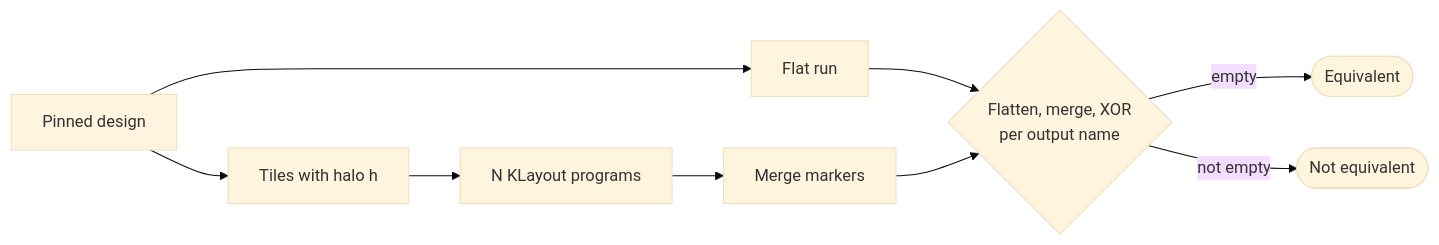
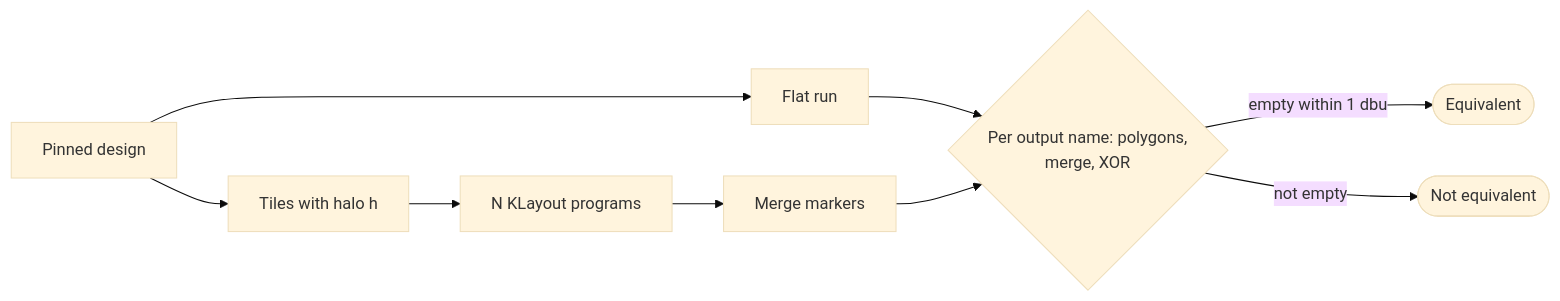
The second of 3 diagrams in projects/drc-forge.md (mithro/open-silicon-hitlist), drawn with Mermaid (base theme) before and after one commit. The commit also changed other lines of this file and 5 other files, not shown here.

First line of the commit message:
drc-forge: figure fixes after two reviews; skim path back to 1,250

````diff
--- a/projects/drc-forge.md
+++ b/projects/drc-forge.md
@@ -324,19 +324,19 @@
 ```mermaid
 flowchart LR
   gds["Pinned design"]
   flat["Flat run"]
   split["Tiles with halo h"]
   runs["N KLayout programs"]
   merge["Merge markers"]
-  xor{"Flatten, merge, XOR<br/>per output name"}
+  xor{"Per output name: polygons,<br/>merge, XOR"}
   pass(["Equivalent"])
   fail(["Not equivalent"])
   gds --> flat
   gds --> split
   split --> runs
   runs --> merge
   flat --> xor
   merge --> xor
-  xor -->|empty| pass
+  xor -->|"empty within 1 dbu"| pass
   xor -->|not empty| fail
 ```
````
